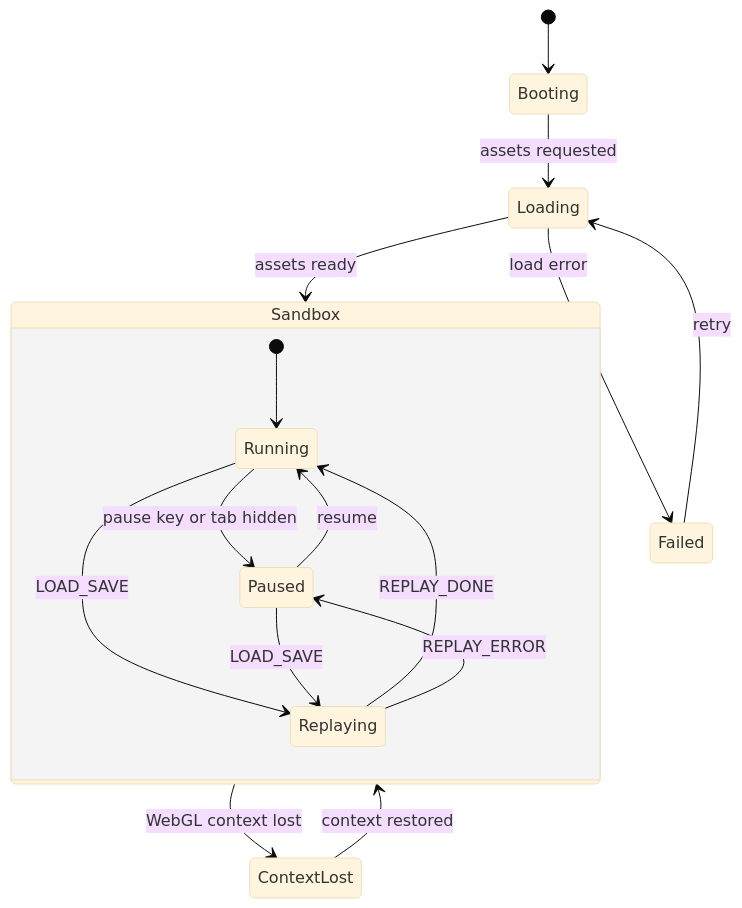
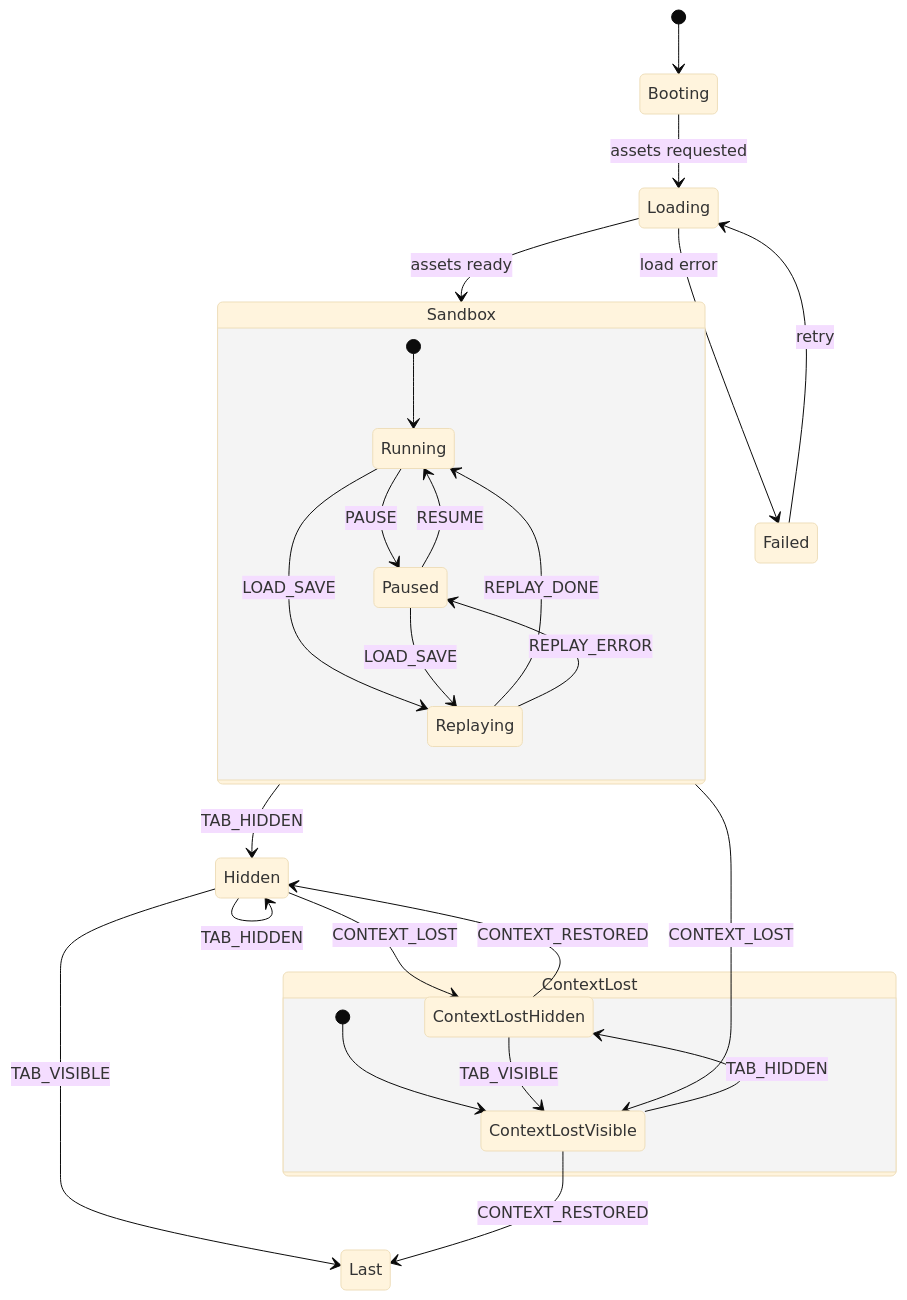
One commit to jmporchet/keeper changed the first of 7 diagrams in docs/design.md. Above: the diagram before and after it, drawn with Mermaid (base theme). The commit also changed other lines of this file and 14 other files, not shown here.

Commit message:
Tech debt 2: pause survives tab switch and context loss, fast drags don't skip tiles

````diff
--- a/docs/design.md
+++ b/docs/design.md
@@ -73,19 +73,32 @@
 ```mermaid
 stateDiagram-v2
     [*] --> Booting
     Booting --> Loading: assets requested
     Loading --> Sandbox: assets ready
     Loading --> Failed: load error
     Failed --> Loading: retry
     state Sandbox {
         [*] --> Running
-        Running --> Paused: pause key or tab hidden
-        Paused --> Running: resume
+        Running --> Paused: PAUSE
+        Paused --> Running: RESUME
         Running --> Replaying: LOAD_SAVE
         Paused --> Replaying: LOAD_SAVE
         Replaying --> Running: REPLAY_DONE
         Replaying --> Paused: REPLAY_ERROR
+        state Last <<history>>
     }
-    Sandbox --> ContextLost: WebGL context lost
-    ContextLost --> Sandbox: context restored
+    Sandbox --> Hidden: TAB_HIDDEN
+    Hidden --> Last: TAB_VISIBLE
+    Hidden --> Hidden: TAB_HIDDEN
+    Sandbox --> ContextLostVisible: CONTEXT_LOST
+    Hidden --> ContextLostHidden: CONTEXT_LOST
+    state ContextLost {
+        state ContextLostVisible
+        state ContextLostHidden
+        [*] --> ContextLostVisible
+        ContextLostVisible --> ContextLostHidden: TAB_HIDDEN
+        ContextLostHidden --> ContextLostVisible: TAB_VISIBLE
+    }
+    ContextLostVisible --> Last: CONTEXT_RESTORED
+    ContextLostHidden --> Hidden: CONTEXT_RESTORED
 ```
````
